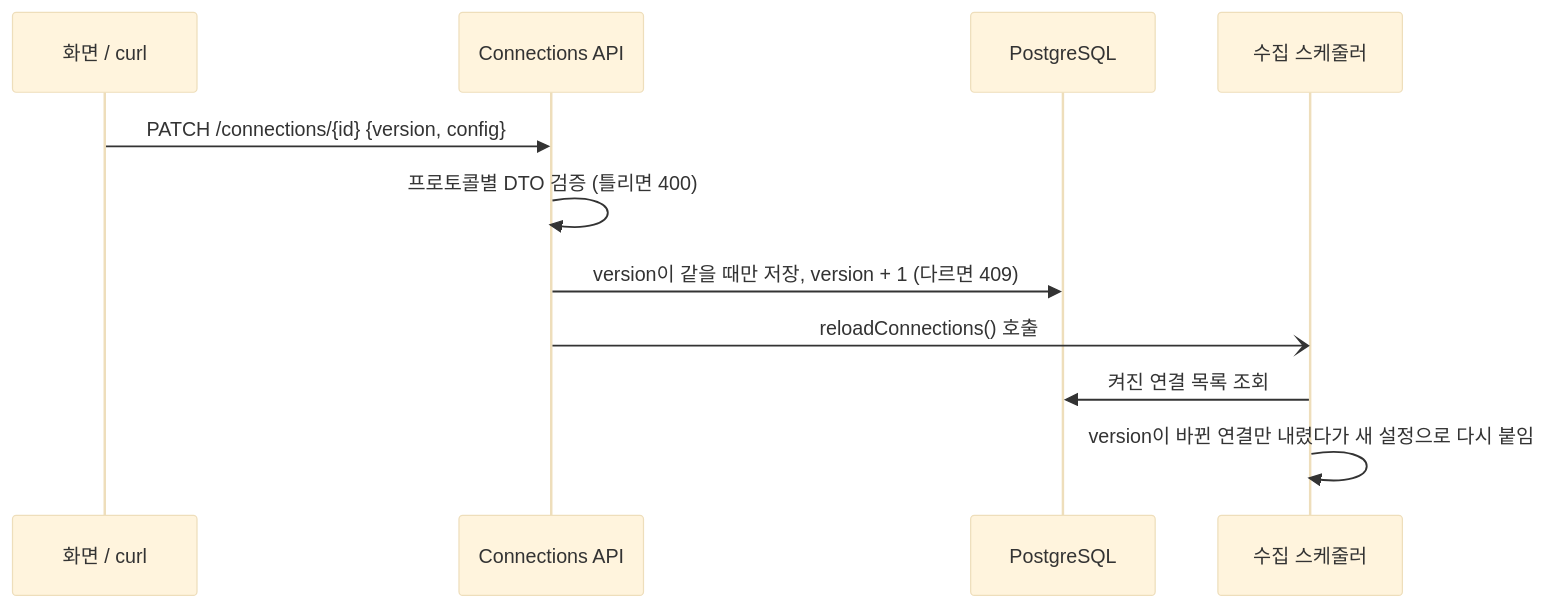
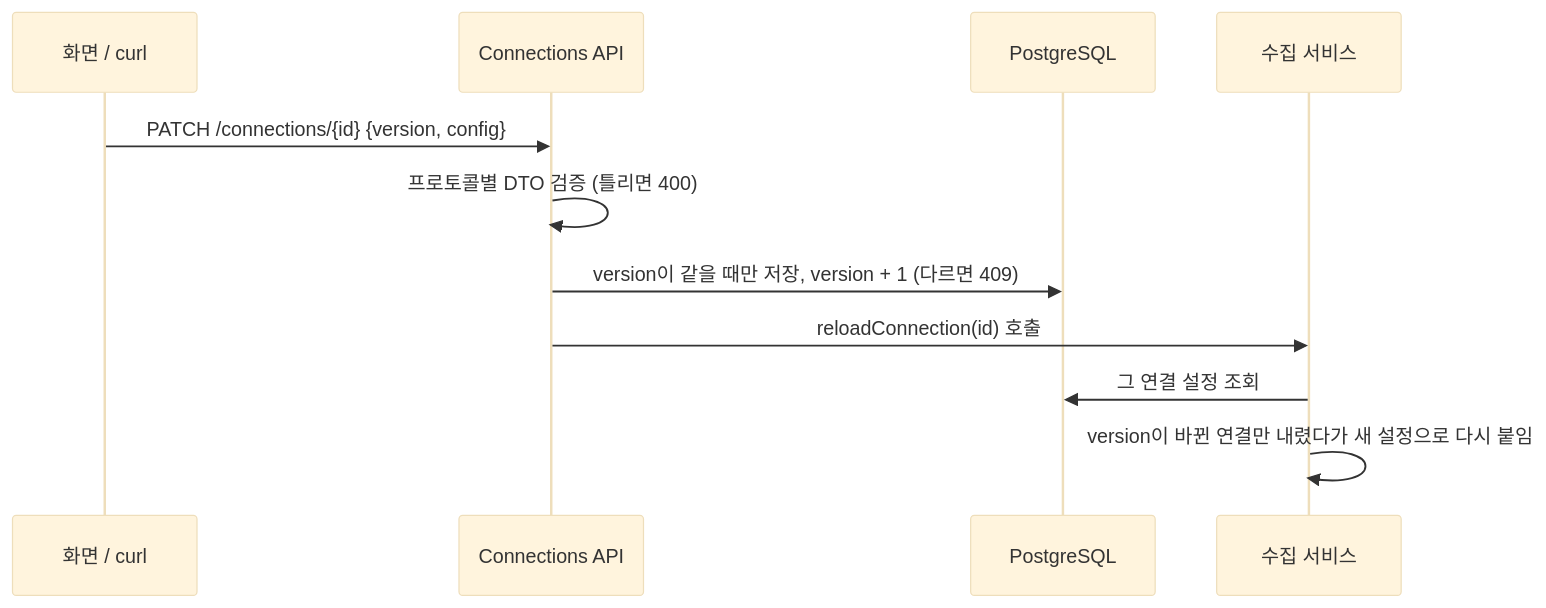
One commit to dksalsgus/agv-amr-control-middleware changed the third of 7 diagrams in docs/design-rationale.md. Above: the diagram before and after it, drawn with Mermaid (base theme). The commit also changed other lines of this file and 9 other files, not shown here.

````diff
--- a/docs/design-rationale.md
+++ b/docs/design-rationale.md
@@ -91,13 +91,13 @@
 ```mermaid
 sequenceDiagram
   participant UI as 화면 / curl
   participant API as Connections API
   participant DB as PostgreSQL
-  participant SC as 수집 스케줄러
+  participant SC as 수집 서비스
   UI->>API: PATCH /connections/{id} {version, config}
   API->>API: 프로토콜별 DTO 검증 (틀리면 400)
   API->>DB: version이 같을 때만 저장, version + 1 (다르면 409)
-  API-)SC: reloadConnections() 호출
-  SC->>DB: 켜진 연결 목록 조회
+  API->>SC: reloadConnection(id) 호출
+  SC->>DB: 그 연결 설정 조회
   SC->>SC: version이 바뀐 연결만 내렸다가 새 설정으로 다시 붙임
 ```
````
